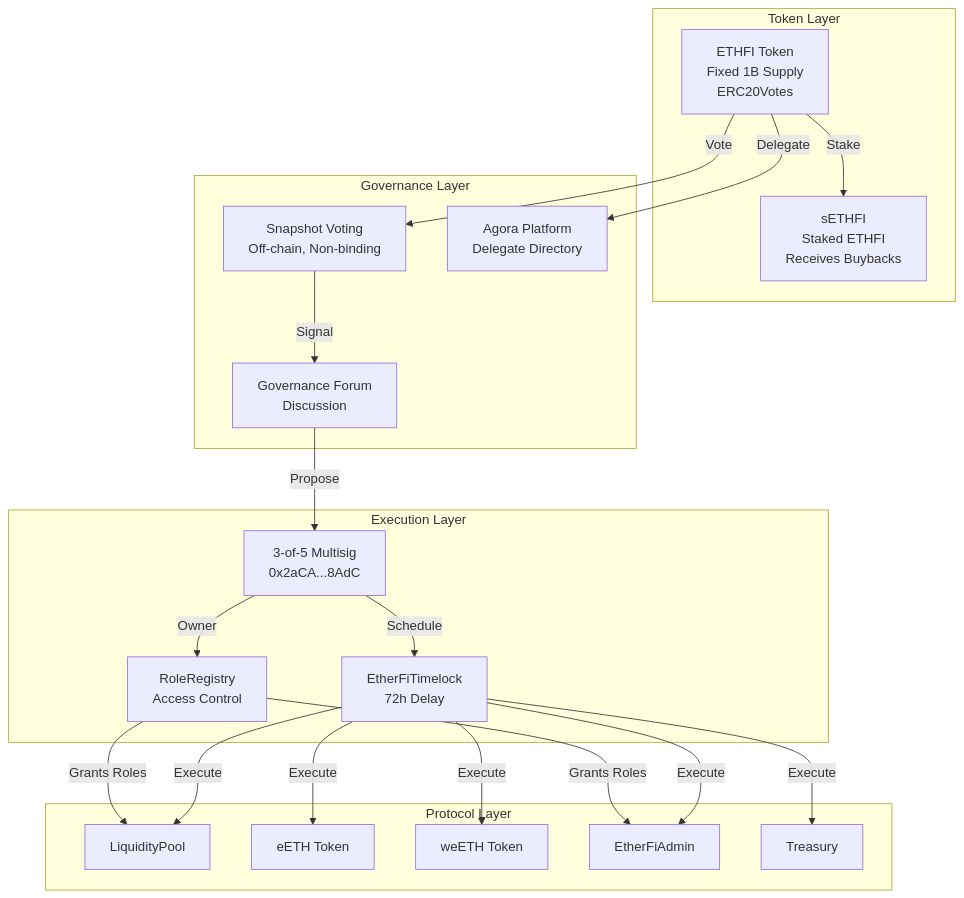
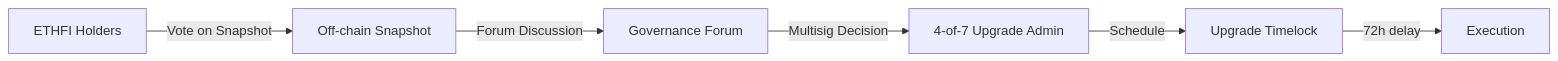
The third of 3 diagrams in research/ethfi-research.md (ParkCommissioner/ownership-token-framework), drawn with Mermaid before and after one commit. The commit also changed other lines of this file, not shown here.

First line of the commit message:
fix(research): correct ETHFI governance ownership model

````diff
--- a/research/ethfi-research.md
+++ b/research/ethfi-research.md
@@ -437,42 +194,8 @@
 ```mermaid
-graph TB
-    subgraph "Token Layer"
-        ETHFI[ETHFI Token<br/>Fixed 1B Supply<br/>ERC20Votes]
-        sETHFI[sETHFI<br/>Staked ETHFI<br/>Receives Buybacks]
-    end
-
-    subgraph "Governance Layer"
-        Snapshot[Snapshot Voting<br/>Off-chain, Non-binding]
-        Forum[Governance Forum<br/>Discussion]
-        Agora[Agora Platform<br/>Delegate Directory]
-    end
-
-    subgraph "Execution Layer"
-        Multisig[3-of-5 Multisig<br/>0x2aCA...8AdC]
-        Timelock[EtherFiTimelock<br/>72h Delay]
-        RoleRegistry[RoleRegistry<br/>Access Control]
-    end
-
-    subgraph "Protocol Layer"
-        LP[LiquidityPool]
-        eETH[eETH Token]
-        weETH[weETH Token]
-        Admin[EtherFiAdmin]
-        Treasury[Treasury]
-    end
-
-    ETHFI -->|Delegate| Agora
-    ETHFI -->|Vote| Snapshot
-    Snapshot -->|Signal| Forum
-    Forum -->|Propose| Multisig
-    Multisig -->|Schedule| Timelock
-    Timelock -->|Execute| LP
-    Timelock -->|Execute| eETH
-    Timelock -->|Execute| weETH
-    Timelock -->|Execute| Admin
-    Timelock -->|Execute| Treasury
-    Multisig -->|Owner| RoleRegistry
-    RoleRegistry -->|Grants Roles| LP
-    RoleRegistry -->|Grants Roles| Admin
-    ETHFI -->|Stake| sETHFI
+graph LR
+    A[ETHFI Holders] -->|Vote on Snapshot| B[Off-chain Snapshot]
+    B -->|Forum Discussion| C[Governance Forum]
+    C -->|Multisig Decision| D[4-of-7 Upgrade Admin]
+    D -->|Schedule| E[Upgrade Timelock]
+    E -->|72h delay| F[Execution]
 ```
````
